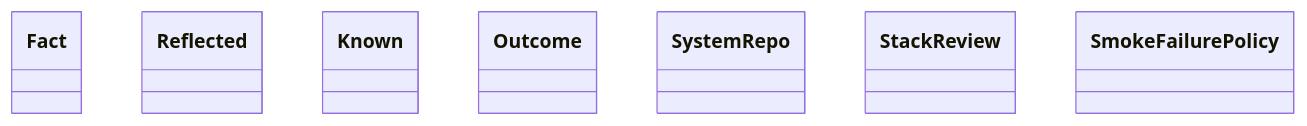
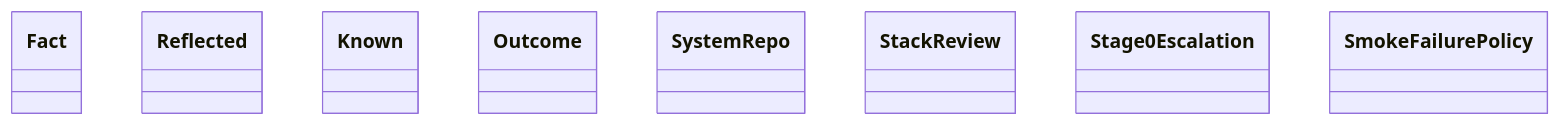
One commit to GonzaloZevallos/agentic-system changed the diagram in docs/architecture/generated/classes-process-application-reflection.md. Above: the diagram before and after it, drawn with Mermaid. The commit also changed 5 other files, not shown here.

````diff
--- a/docs/architecture/generated/classes-process-application-reflection.md
+++ b/docs/architecture/generated/classes-process-application-reflection.md
@@ -19,10 +19,11 @@
 ```mermaid
 classDiagram
     class reflect__Fact["Fact"]
     class reflect__Reflected["Reflected"]
     class reflect_run__Known["Known"]
     class reflect_run__Outcome["Outcome"]
     class reflect_run__SystemRepo["SystemRepo"]
     class stack_review__StackReview["StackReview"]
+    class stage0_escalation__Stage0Escalation["Stage0Escalation"]
     class stage0_failure__SmokeFailurePolicy["SmokeFailurePolicy"]
 ```
````
